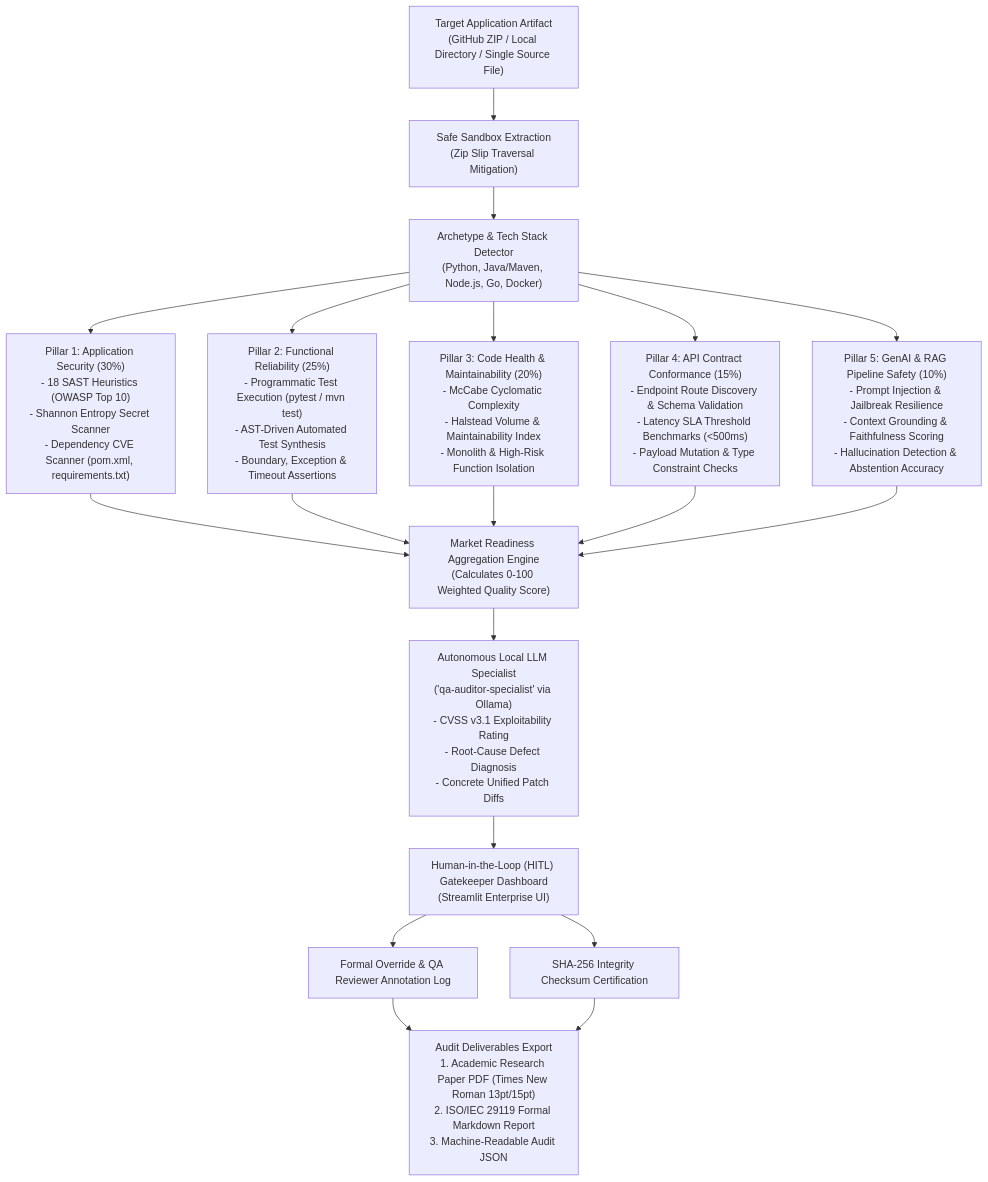
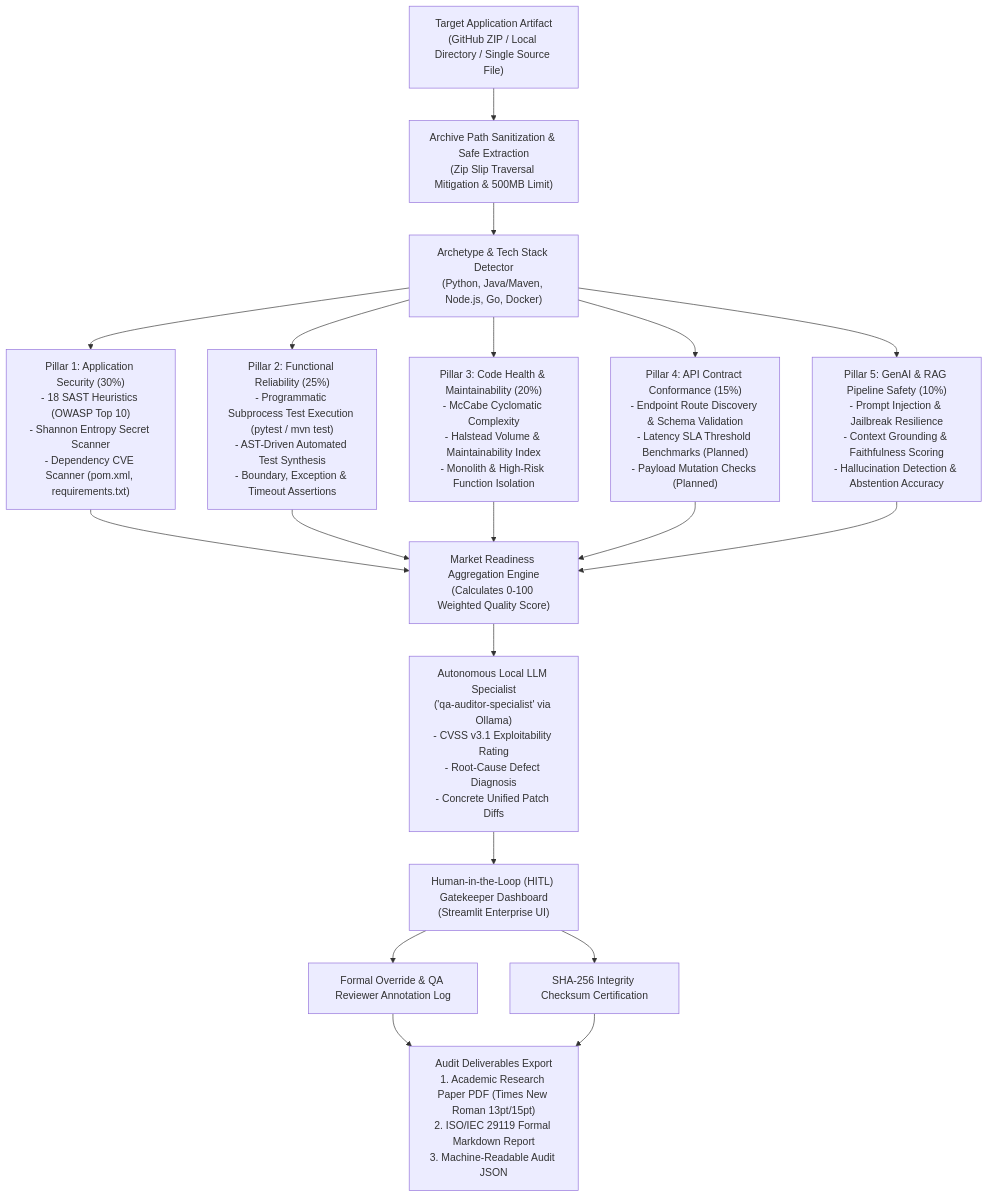
The diagram in README.md (rs-vaibhav/market-readiness-qa-pipeline), drawn with Mermaid before and after one commit. The commit also changed other lines of this file and 11 other files, not shown here.

````diff
--- a/README.md
+++ b/README.md
@@ -36,23 +36,23 @@
 ```mermaid
 flowchart TD
-    A["Target Application Artifact<br>(GitHub ZIP / Local Directory / Single Source File)"] --> B["Safe Sandbox Extraction<br>(Zip Slip Traversal Mitigation)"]
+    A["Target Application Artifact<br>(GitHub ZIP / Local Directory / Single Source File)"] --> B["Archive Path Sanitization & Safe Extraction<br>(Zip Slip Traversal Mitigation & 500MB Limit)"]
     
     B --> C["Archetype & Tech Stack Detector<br>(Python, Java/Maven, Node.js, Go, Docker)"]
     
     C --> D1["Pillar 1: Application Security (30%)<br>- 18 SAST Heuristics (OWASP Top 10)<br>- Shannon Entropy Secret Scanner<br>- Dependency CVE Scanner (pom.xml, requirements.txt)"]
-    C --> D2["Pillar 2: Functional Reliability (25%)<br>- Programmatic Test Execution (pytest / mvn test)<br>- AST-Driven Automated Test Synthesis<br>- Boundary, Exception & Timeout Assertions"]
+    C --> D2["Pillar 2: Functional Reliability (25%)<br>- Programmatic Subprocess Test Execution (pytest / mvn test)<br>- AST-Driven Automated Test Synthesis<br>- Boundary, Exception & Timeout Assertions"]
     C --> D3["Pillar 3: Code Health & Maintainability (20%)<br>- McCabe Cyclomatic Complexity<br>- Halstead Volume & Maintainability Index<br>- Monolith & High-Risk Function Isolation"]
-    C --> D4["Pillar 4: API Contract Conformance (15%)<br>- Endpoint Route Discovery & Schema Validation<br>- Latency SLA Threshold Benchmarks (&lt;500ms)<br>- Payload Mutation & Type Constraint Checks"]
+    C --> D4["Pillar 4: API Contract Conformance (15%)<br>- Endpoint Route Discovery & Schema Validation<br>- Latency SLA Threshold Benchmarks (Planned)<br>- Payload Mutation Checks (Planned)"]
     C --> D5["Pillar 5: GenAI & RAG Pipeline Safety (10%)<br>- Prompt Injection & Jailbreak Resilience<br>- Context Grounding & Faithfulness Scoring<br>- Hallucination Detection & Abstention Accuracy"]
 
     D1 & D2 & D3 & D4 & D5 --> E["Market Readiness Aggregation Engine<br>(Calculates 0-100 Weighted Quality Score)"]
 
     E --> F["Autonomous Local LLM Specialist<br>('qa-auditor-specialist' via Ollama)<br>- CVSS v3.1 Exploitability Rating<br>- Root-Cause Defect Diagnosis<br>- Concrete Unified Patch Diffs"]
 
     F --> G["Human-in-the-Loop (HITL) Gatekeeper Dashboard<br>(Streamlit Enterprise UI)"]
 
     G --> H1["Formal Override & QA Reviewer Annotation Log"]
     G --> H2["SHA-256 Integrity Checksum Certification"]
     
     H1 & H2 --> I["Audit Deliverables Export<br>1. Academic Research Paper PDF (Times New Roman 13pt/15pt)<br>2. ISO/IEC 29119 Formal Markdown Report<br>3. Machine-Readable Audit JSON"]
 ```
````
